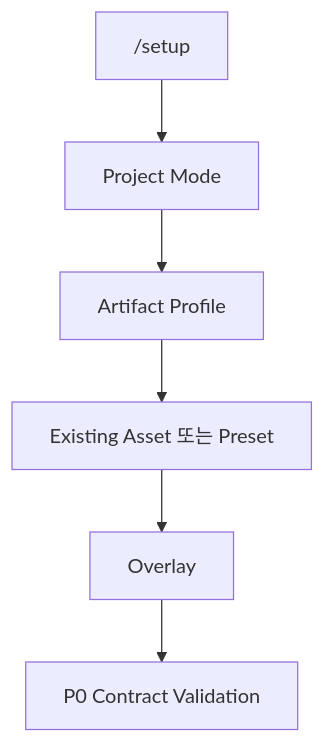
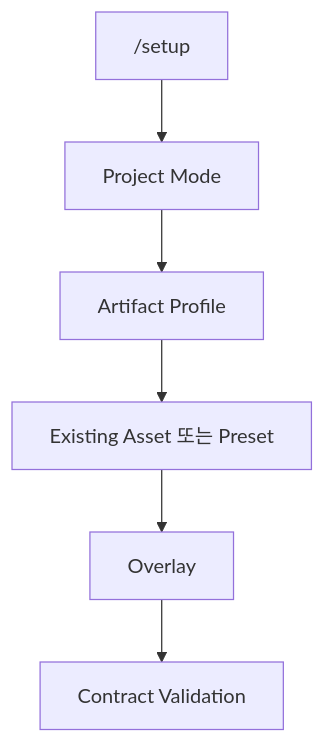
One commit to Seunghyun0606/SDLC_DDD_SDD changed the second of 2 diagrams in sdlc/guides/02_SKILL_사용가이드.md. Above: the diagram before and after it, drawn with Mermaid. The commit also changed other lines of this file, not shown here.

````diff
--- a/sdlc/guides/02_SKILL_사용가이드.md
+++ b/sdlc/guides/02_SKILL_사용가이드.md
@@ -79,8 +100,8 @@
 ```mermaid
 flowchart TD
     S["/setup"] --> A["Project Mode"]
     A --> F["Artifact Profile"]
     F --> B["Existing Asset 또는 Preset"]
     B --> O["Overlay"]
-    O --> V["P0 Contract Validation"]
+    O --> V["Contract Validation"]
 ```
````
